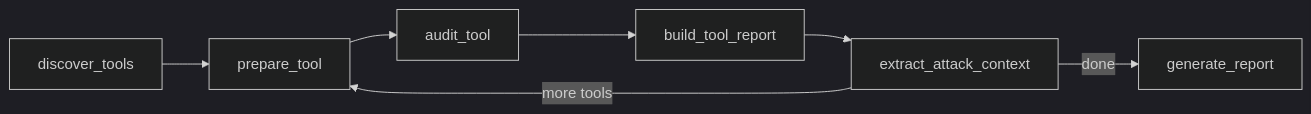
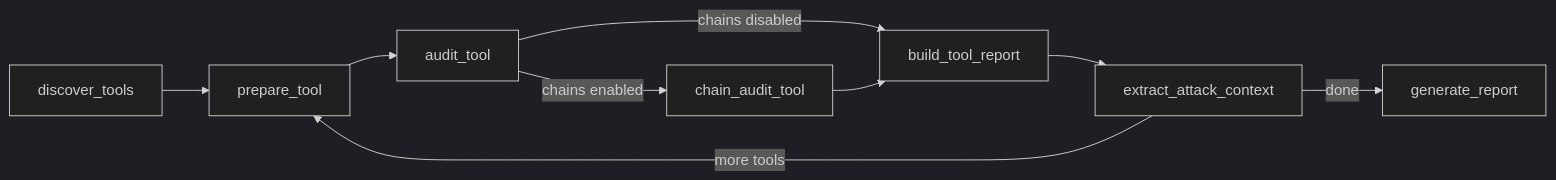
One commit to mkrtchian/mcp-auditor changed the first of 3 diagrams in README.md. Above: the diagram before and after it, drawn with Mermaid (dark theme). The commit also changed other lines of this file, not shown here.

First line of the commit message:
docs(readme): add multi-step attack chains documentation

````diff
--- a/README.md
+++ b/README.md
@@ -44,9 +45,11 @@
 ```mermaid
 graph LR
     A[discover_tools] --> B[prepare_tool]
     B --> C[audit_tool]
-    C --> D[build_tool_report]
-    D --> E[extract_attack_context]
-    E -->|more tools| B
-    E -->|done| F[generate_report]
+    C -->|chains enabled| D[chain_audit_tool]
+    C -->|chains disabled| E[build_tool_report]
+    D --> E
+    E --> F[extract_attack_context]
+    F -->|more tools| B
+    F -->|done| G[generate_report]
 ```
````
